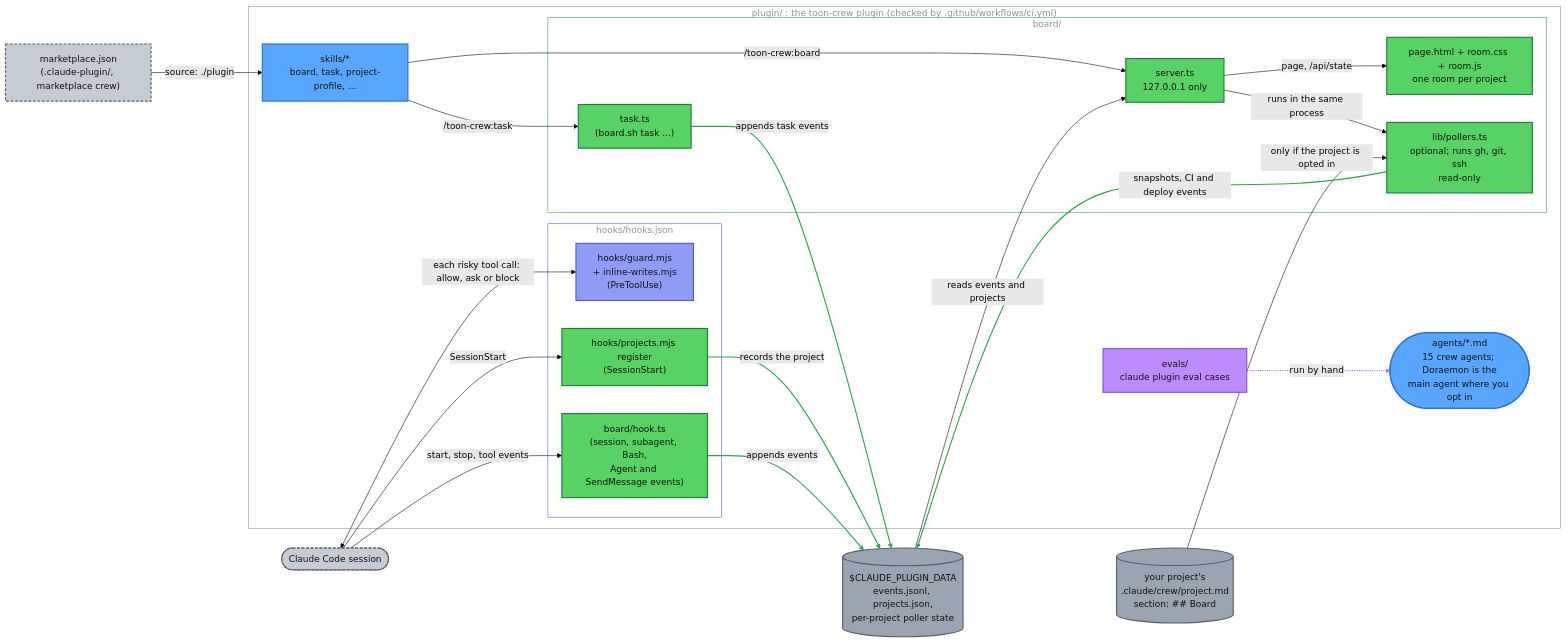
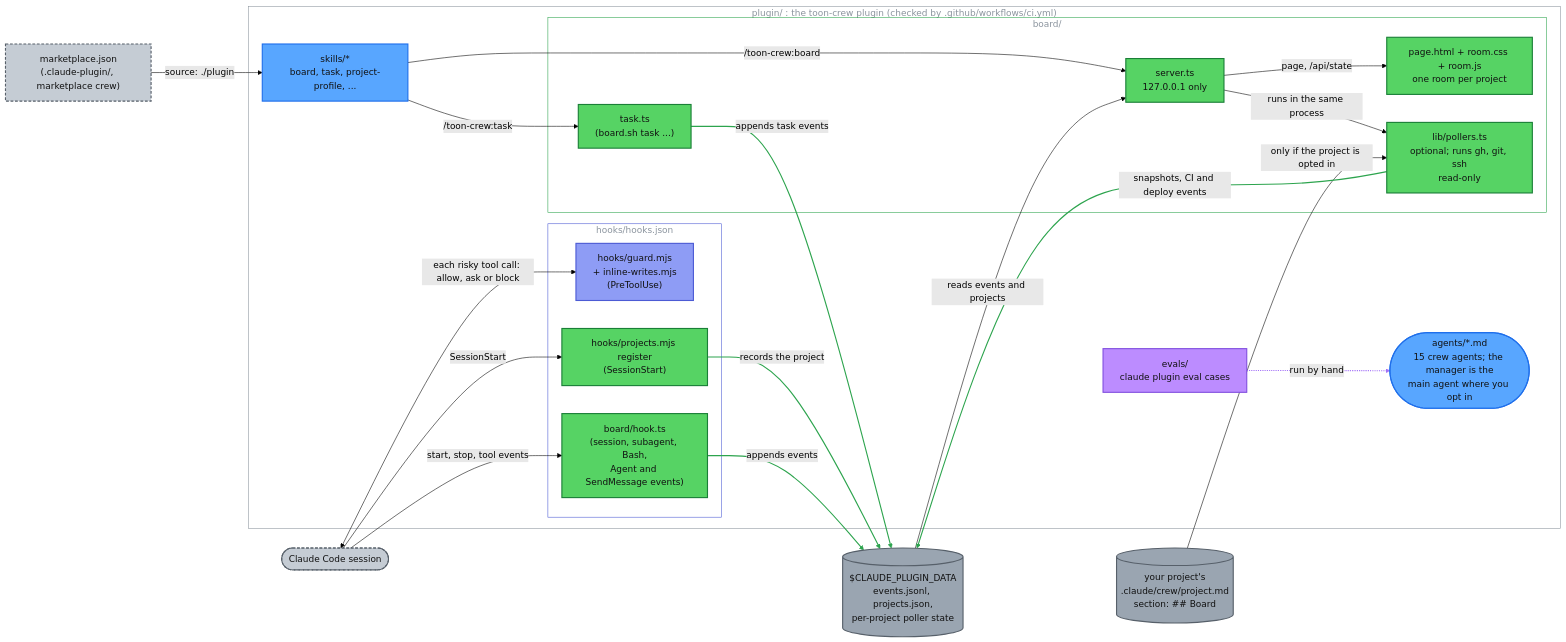
One commit to amanpatil808/claude-crew changed the fourth of 4 diagrams in docs/how-it-works.md. Above: the diagram before and after it, drawn with Mermaid (forest theme). The commit also changed other lines of this file and 5 other files, not shown here.

First line of the commit message:
Docs: say "the manager" in prose, name Doraemon once per doc

````diff
--- a/docs/how-it-works.md
+++ b/docs/how-it-works.md
@@ -307,66 +307,66 @@
 ```mermaid
 flowchart LR
   MP["marketplace.json<br/>(.claude-plugin/, marketplace crew)"] -->|"source: ./plugin"| SK
 
   subgraph PL["plugin/ : the toon-crew plugin (checked by .github/workflows/ci.yml)"]
-    AG(["agents/*.md<br/>15 crew agents; Doraemon is the<br/>main agent where you opt in"])
+    AG(["agents/*.md<br/>15 crew agents; the manager is the<br/>main agent where you opt in"])
     SK["skills/*<br/>board, task, project-profile, ..."]
     subgraph HK["hooks/hooks.json"]
       GD["hooks/guard.mjs<br/>+ inline-writes.mjs<br/>(PreToolUse)"]
       PJ["hooks/projects.mjs register<br/>(SessionStart)"]
       HT["board/hook.ts<br/>(session, subagent, Bash,<br/>Agent and SendMessage events)"]
     end
     subgraph BD["board/"]
       TK["task.ts<br/>(board.sh task ...)"]
       SRV["server.ts<br/>127.0.0.1 only"]
       PG["page.html + room.css + room.js<br/>one room per project"]
       PO["lib/pollers.ts<br/>optional; runs gh, git, ssh<br/>read-only"]
     end
     EV["evals/<br/>claude plugin eval cases"]
   end
 
   CC(["Claude Code session"])
   DATA[("$CLAUDE_PLUGIN_DATA<br/>events.jsonl, projects.json,<br/>per-project poller state")]
   CFG[("your project's<br/>.claude/crew/project.md<br/>section: ## Board")]
 
   CC <-->|"each risky tool call: allow, ask or block"| GD
   CC -->|"SessionStart"| PJ
   CC -->|"start, stop, tool events"| HT
   PJ -->|"records the project"| DATA
   HT -->|"appends events"| DATA
   SK -->|"/toon-crew:task"| TK
   TK -->|"appends task events"| DATA
   SK -->|"/toon-crew:board"| SRV
   DATA -->|"reads events and projects"| SRV
   SRV -->|"page, /api/state"| PG
   SRV -->|"runs in the same process"| PO
   CFG -->|"only if the project is opted in"| PO
   PO -->|"snapshots, CI and deploy events"| DATA
   EV -.->|"run by hand"| AG
 
   classDef mgmt fill:#58a6ff,stroke:#1f6feb,color:#111,stroke-width:2px
   classDef backend fill:#e3b341,stroke:#9a6700,color:#111,stroke-width:2px
   classDef frontend fill:#ff7b72,stroke:#cf222e,color:#111,stroke-width:2px
   classDef devops fill:#39c5cf,stroke:#0e7490,color:#111,stroke-width:2px
   classDef security fill:#8e9cf5,stroke:#4c5bd4,color:#111,stroke-width:2px
   classDef qa fill:#bc8cff,stroke:#8250df,color:#111,stroke-width:2px
   classDef research fill:#f0883e,stroke:#bc4c00,color:#111,stroke-width:2px
   classDef docs fill:#f778ba,stroke:#bf3989,color:#111,stroke-width:2px
   classDef helpers fill:#c9b97a,stroke:#8a7a3a,color:#111,stroke-width:2px
   classDef crew fill:#b1bac4,stroke:#57606a,color:#111,stroke-width:2px
   classDef data fill:#9aa5b1,stroke:#57606a,color:#111,stroke-width:2px
   classDef board fill:#56d364,stroke:#1a7f37,color:#111,stroke-width:2px
   classDef ext fill:#c5ccd4,stroke:#57606a,color:#111,stroke-width:2px,stroke-dasharray:5 3
   class MP,CC ext
   class AG,SK mgmt
   class GD security
   class PJ,HT,TK,SRV,PG,PO board
   class EV qa
   class DATA,CFG data
   style PL fill:transparent,stroke:#8b949e,color:#8b949e
   style HK fill:transparent,stroke:#4c5bd4,color:#8b949e
   style BD fill:transparent,stroke:#2da44e,color:#8b949e
   %% green = writes to the data folder, violet = run by hand
   linkStyle 4,5,7,13 stroke:#2da44e,stroke-width:2px
   linkStyle 14 stroke:#a371f7,stroke-width:2px
 ```
````
